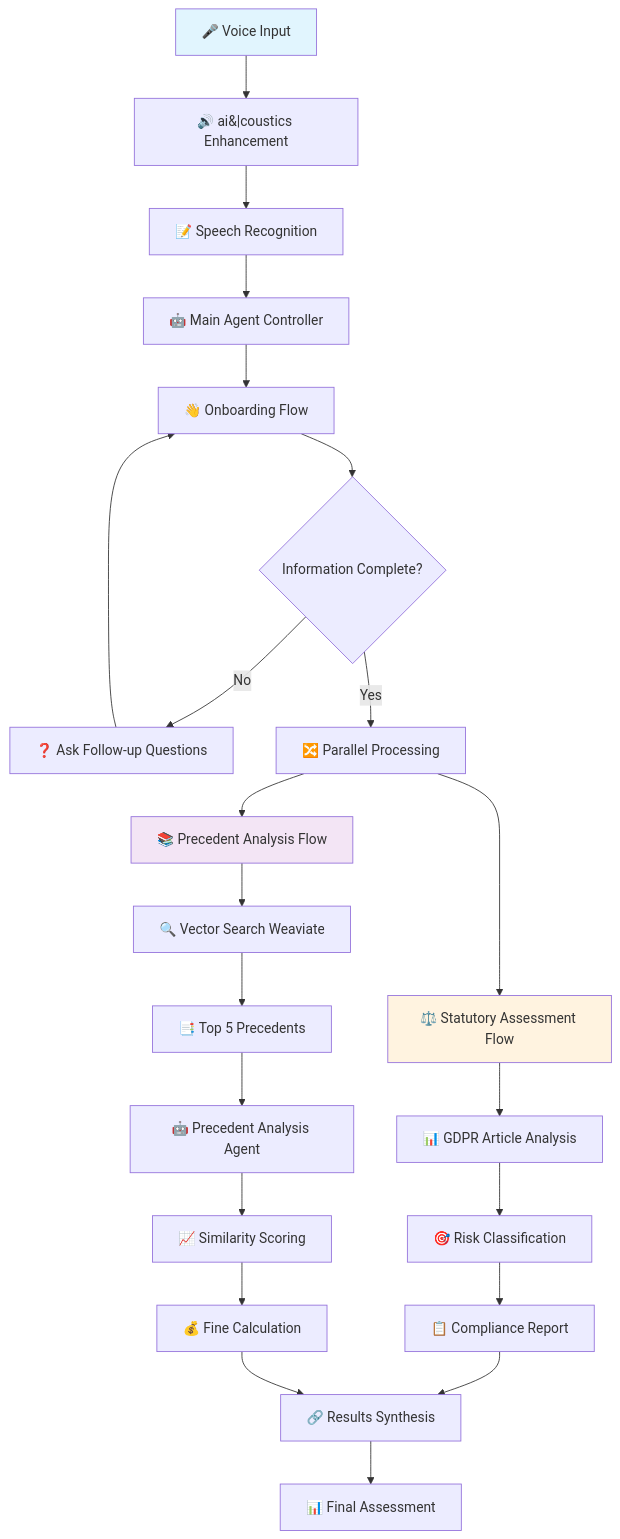
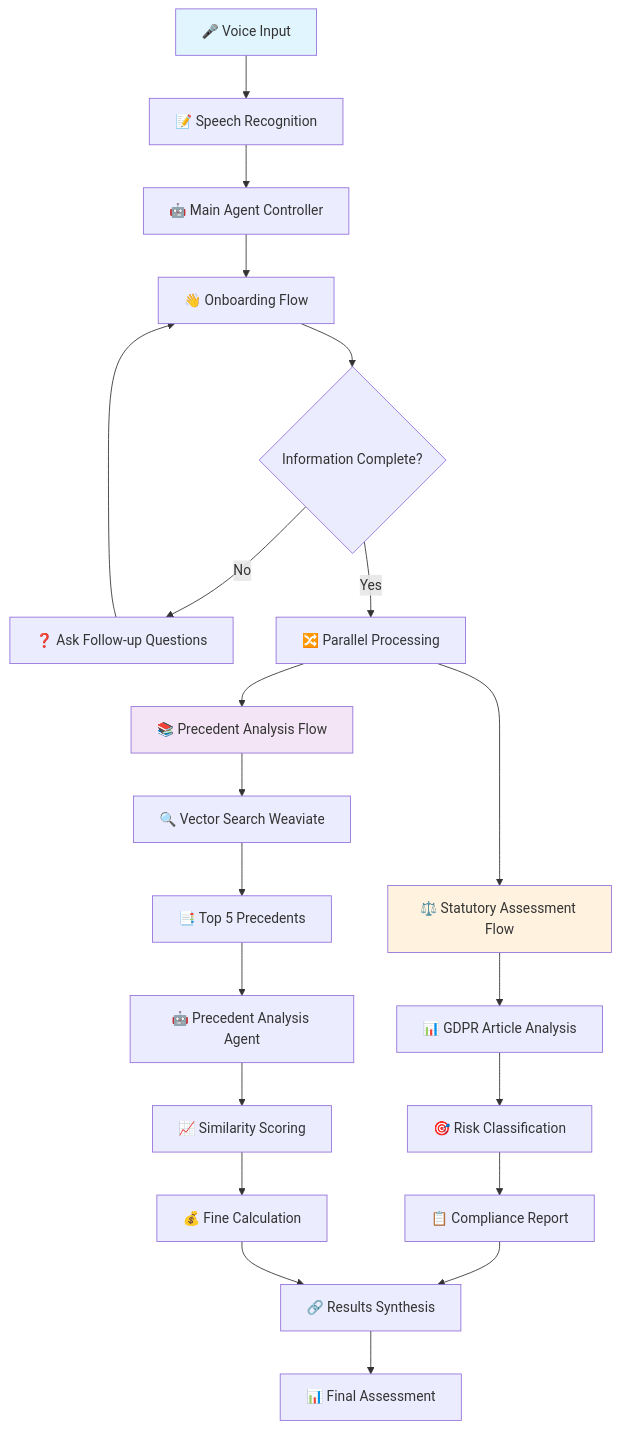
Before and after one commit to epanner/tech-europe-hack-25: the diagram in README.md, drawn with Mermaid. The commit also changed other lines of this file and 33 other files, not shown here.

````diff
--- a/README.md
+++ b/README.md
@@ -44,35 +44,34 @@
 ```mermaid
 flowchart TD
-    A[🎤 Voice Input] --> B[🔊 ai&#124;coustics Enhancement]
-    B --> C[📝 Speech Recognition]
+    A[🎤 Voice Input] --> C[📝 Speech Recognition]
     C --> D[🤖 Main Agent Controller]
     
     D --> E[👋 Onboarding Flow]
     E --> F{Information Complete?}
     F -->|No| G[❓ Ask Follow-up Questions]
     G --> E
     F -->|Yes| H[🔀 Parallel Processing]
     
     H --> I[⚖️ Statutory Assessment Flow]
     H --> J[📚 Precedent Analysis Flow]
     
     I --> K[📊 GDPR Article Analysis]
     K --> L[🎯 Risk Classification]
     L --> M[📋 Compliance Report]
     
     J --> N[🔍 Vector Search Weaviate]
     N --> O[📑 Top 5 Precedents]
     O --> P[🤖 Precedent Analysis Agent]
     P --> Q[📈 Similarity Scoring]
     Q --> R[💰 Fine Calculation]
     
     M --> S[🔗 Results Synthesis]
     R --> S
     S --> T[📊 Final Assessment]
 
     
     style A fill:#e1f5fe
     style I fill:#fff3e0
     style J fill:#f3e5f5
 
 ```
````
